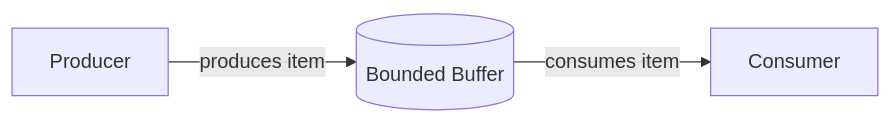
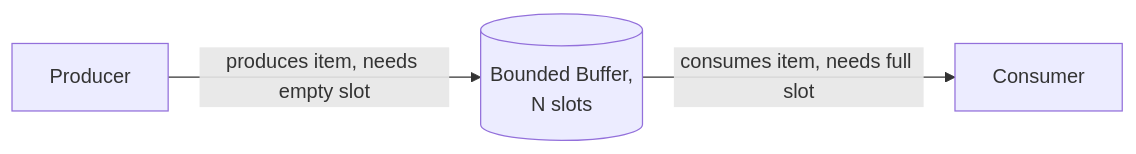
The tenth of 16 diagrams in 03-process-synchronization/README.md (lakshyasingh-1/Operating-Systems), drawn with Mermaid before and after one commit. The commit also changed other lines of this file, not shown here.

````diff
--- a/03-process-synchronization/README.md
+++ b/03-process-synchronization/README.md
@@ -129,5 +236,5 @@
 ```mermaid
 graph LR
-    P[Producer] -->|produces item| Buf[(Bounded Buffer)]
-    Buf -->|consumes item| C[Consumer]
+    P[Producer] -->|produces item, needs empty slot| Buf[(Bounded Buffer,<br/>N slots)]
+    Buf -->|consumes item, needs full slot| C[Consumer]
 ```
````
